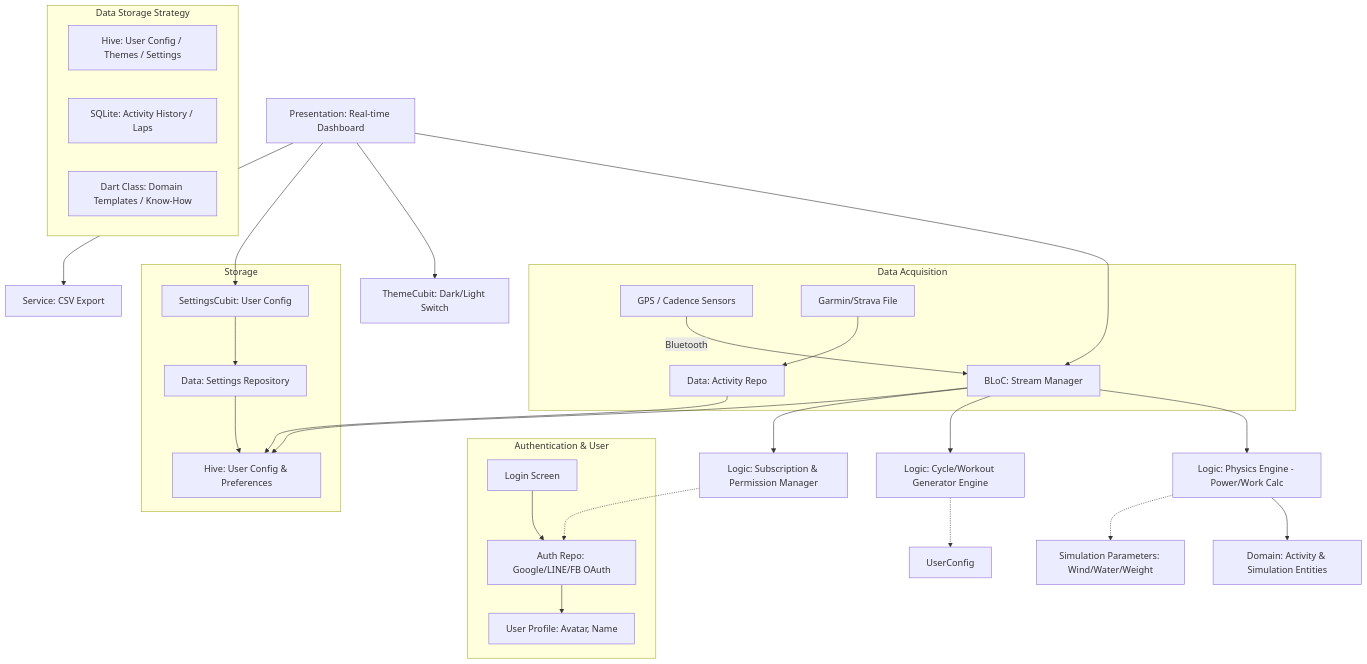
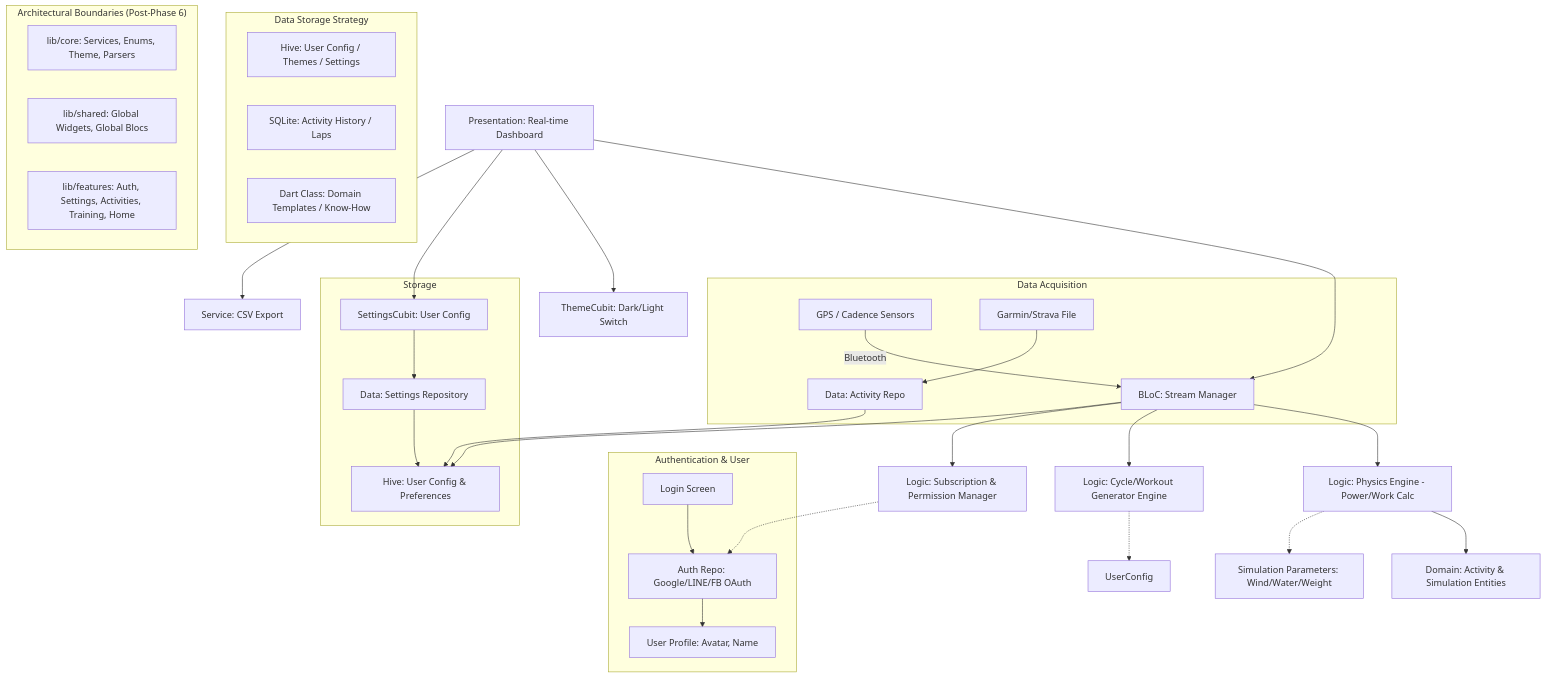
One commit to xmanflasher/dptapp changed the first of 4 diagrams in docs/system_design.md. Above: the diagram before and after it, drawn with Mermaid. The commit also changed other lines of this file and 16 other files, not shown here.

````diff
--- a/docs/system_design.md
+++ b/docs/system_design.md
@@ -7,42 +7,48 @@
 ```mermaid
 graph TD
     UI[Presentation: Real-time Dashboard] --> BLoC[BLoC: Stream Manager]
     UI --> ThemeCubit[ThemeCubit: Dark/Light Switch]
     UI --> SettingsCubit[SettingsCubit: User Config]
     
     BLoC --> Engine[Logic: Physics Engine - Power/Work Calc]
     Engine --> Domain[Domain: Activity & Simulation Entities]
     
     BLoC --> CycleGen[Logic: Cycle/Workout Generator Engine]
     CycleGen -.-> UserConfig
     
     BLoC --> SubManager[Logic: Subscription & Permission Manager]
     SubManager -.-> AuthLayer
     
     UI --> ExportService[Service: CSV Export]
     
     subgraph "Data Acquisition"
         Sensors[GPS / Cadence Sensors] -- Bluetooth --> BLoC
         Import[Garmin/Strava File] --> DataLayer[Data: Activity Repo]
     end
     
     subgraph "Authentication & User"
         AuthUI[Login Screen] --> AuthLayer[Auth Repo: Google/LINE/FB OAuth]
         AuthLayer --> UserProfile[User Profile: Avatar, Name]
     end
     
     subgraph "Storage"
         DataLayer --> Hive[Hive: Activity History]
         SettingsCubit --> SettingsRepo[Data: Settings Repository]
         SettingsRepo --> Hive[Hive: User Config & Preferences]
         BLoC --> Hive
     end
     
     Engine -.-> Params[Simulation Parameters: Wind/Water/Weight]
   
   subgraph "Data Storage Strategy"
       HiveConfig[Hive: User Config / Themes / Settings]
       SQLiteData[SQLite: Activity History / Laps]
       DartStatic[Dart Class: Domain Templates / Know-How]
   end
+  
+  subgraph "Architectural Boundaries (Post-Phase 6)"
+      Core[lib/core: Services, Enums, Theme, Parsers]
+      Shared[lib/shared: Global Widgets, Global Blocs]
+      Features[lib/features: Auth, Settings, Activities, Training, Home]
+  end
 ```
````
